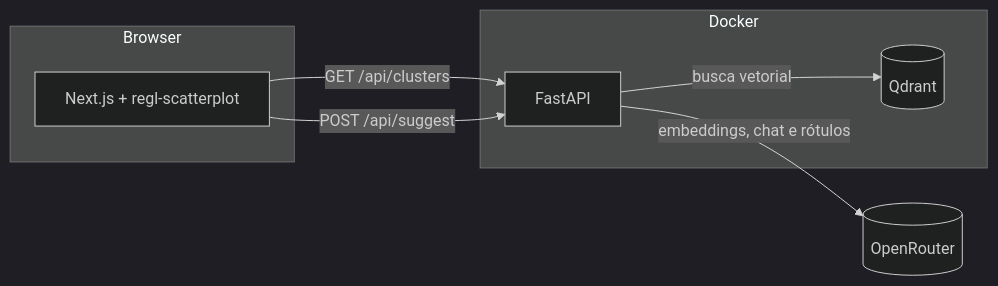
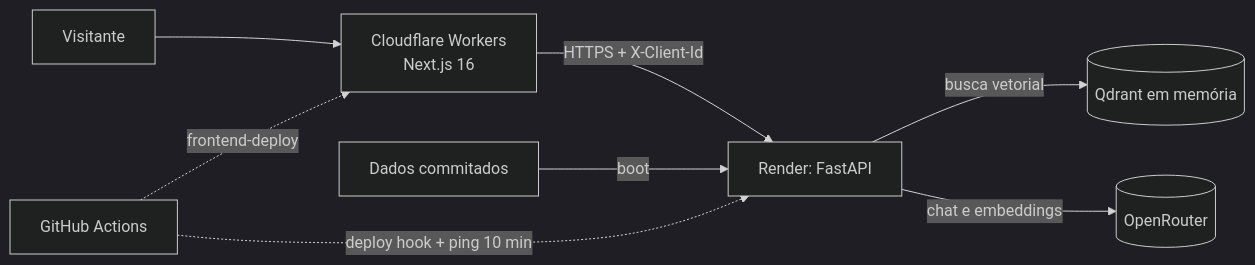
Before and after one commit to johnlaff/incident-sense: the first of 3 diagrams in docs/architecture.md, drawn with Mermaid (dark theme). The commit also changed other lines of this file and 5 other files, not shown here.

First line of the commit message:
docs: arquitetura, fluxos e diagramas iguais ao código

````diff
--- a/docs/architecture.md
+++ b/docs/architecture.md
@@ -11,14 +30,10 @@
 ```mermaid
 flowchart LR
-    subgraph Browser
-        UI[Next.js + regl-scatterplot]
-    end
-    subgraph Docker
-        API[FastAPI]
-        Q[(Qdrant)]
-    end
-    UI -- "GET /api/clusters" --> API
-    UI -- "POST /api/suggest" --> API
-    API -- "busca vetorial" --> Q
-    API -- "embeddings, chat e rótulos" --> OpenRouter[(OpenRouter)]
+    V[Visitante] --> W[Cloudflare Workers<br/>Next.js 16]
+    W -- "HTTPS + X-Client-Id" --> API[Render: FastAPI]
+    API -- "busca vetorial" --> Q[(Qdrant em memória)]
+    API -- "chat e embeddings" --> OR[(OpenRouter)]
+    D[Dados commitados] -- "boot" --> API
+    GH[GitHub Actions] -. "frontend-deploy" .-> W
+    GH -. "deploy hook + ping 10 min" .-> API
 ```
````
